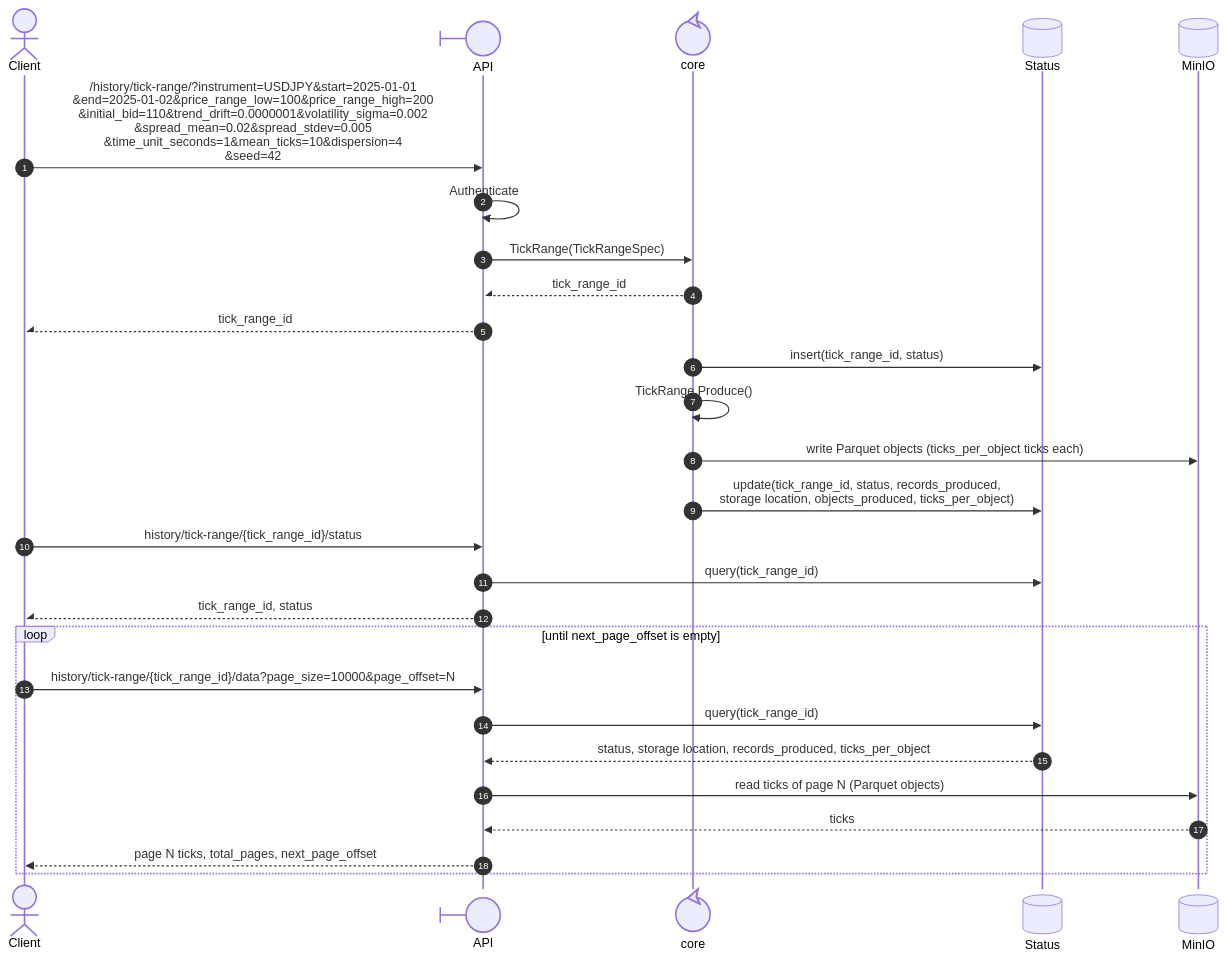
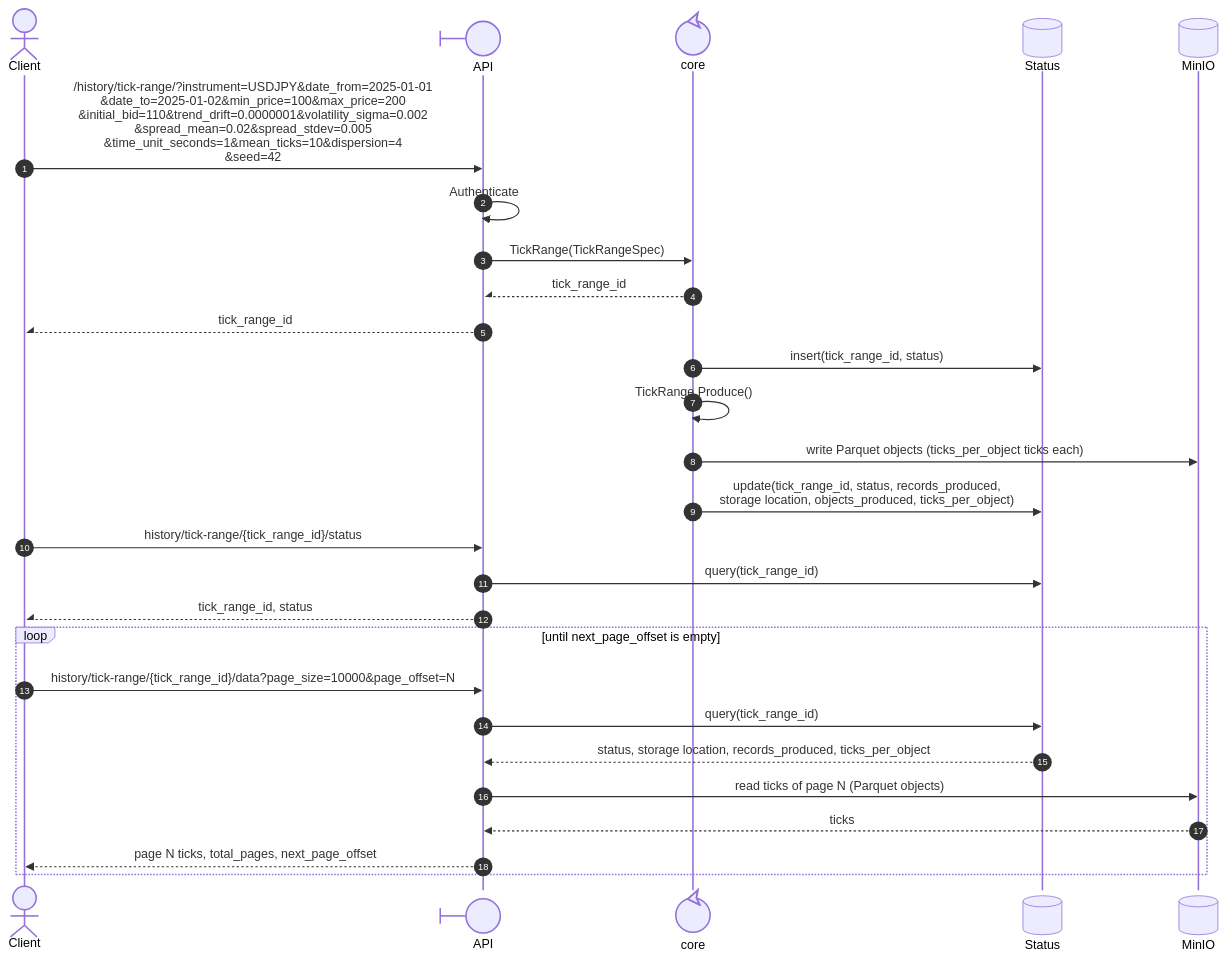
One commit to mchiuminatto/synthetick changed the fourth of 4 diagrams in docs/design/domain-analysis.md. Above: the diagram before and after it, drawn with Mermaid. The commit also changed other lines of this file, not shown here.

````diff
--- a/docs/design/domain-analysis.md
+++ b/docs/design/domain-analysis.md
@@ -308,31 +308,31 @@
 ```mermaid
 sequenceDiagram
     autonumber
     actor Client
     participant API@{"type": "boundary", "alias": "API"} as API
     participant Core@{"type": "control", "alias": "core"} as Core
     participant DB@{"type": "database", "alias": "Status"} as Status
     participant Storage@{"type": "database", "alias": "Storage"} as MinIO
 
-    Client ->> API: /history/tick-range/?instrument=USDJPY&start=2025-01-01<br>&end=2025-01-02&price_range_low=100&price_range_high=200<br>&initial_bid=110&trend_drift=0.0000001&volatility_sigma=0.002<br>&spread_mean=0.02&spread_stdev=0.005<br>&time_unit_seconds=1&mean_ticks=10&dispersion=4<br>&seed=42
+    Client ->> API: /history/tick-range/?instrument=USDJPY&date_from=2025-01-01<br>&date_to=2025-01-02&min_price=100&max_price=200<br>&initial_bid=110&trend_drift=0.0000001&volatility_sigma=0.002<br>&spread_mean=0.02&spread_stdev=0.005<br>&time_unit_seconds=1&mean_ticks=10&dispersion=4<br>&seed=42
     API ->> API: Authenticate
     API ->> Core: TickRange(TickRangeSpec)
     Core --|/ API: tick_range_id
     API --|/ Client: tick_range_id
     Core ->> DB: insert(tick_range_id, status)
     Core ->> Core: TickRange.Produce()
     Core ->> Storage: write Parquet objects (ticks_per_object ticks each)
     Core ->> DB: update(tick_range_id, status, records_produced,<br>storage location, objects_produced, ticks_per_object)
     Client ->> API: history/tick-range/{tick_range_id}/status
     API ->> DB: query(tick_range_id)
     API --|/ Client: tick_range_id, status
     loop until next_page_offset is empty
         Client ->> API: history/tick-range/{tick_range_id}/data?page_size=10000&page_offset=N
         API ->> DB: query(tick_range_id)
         DB -->> API: status, storage location, records_produced, ticks_per_object
         API ->> Storage: read ticks of page N (Parquet objects)
         Storage -->> API: ticks
         API -->> Client: page N ticks, total_pages, next_page_offset
     end
 
 ```
````
